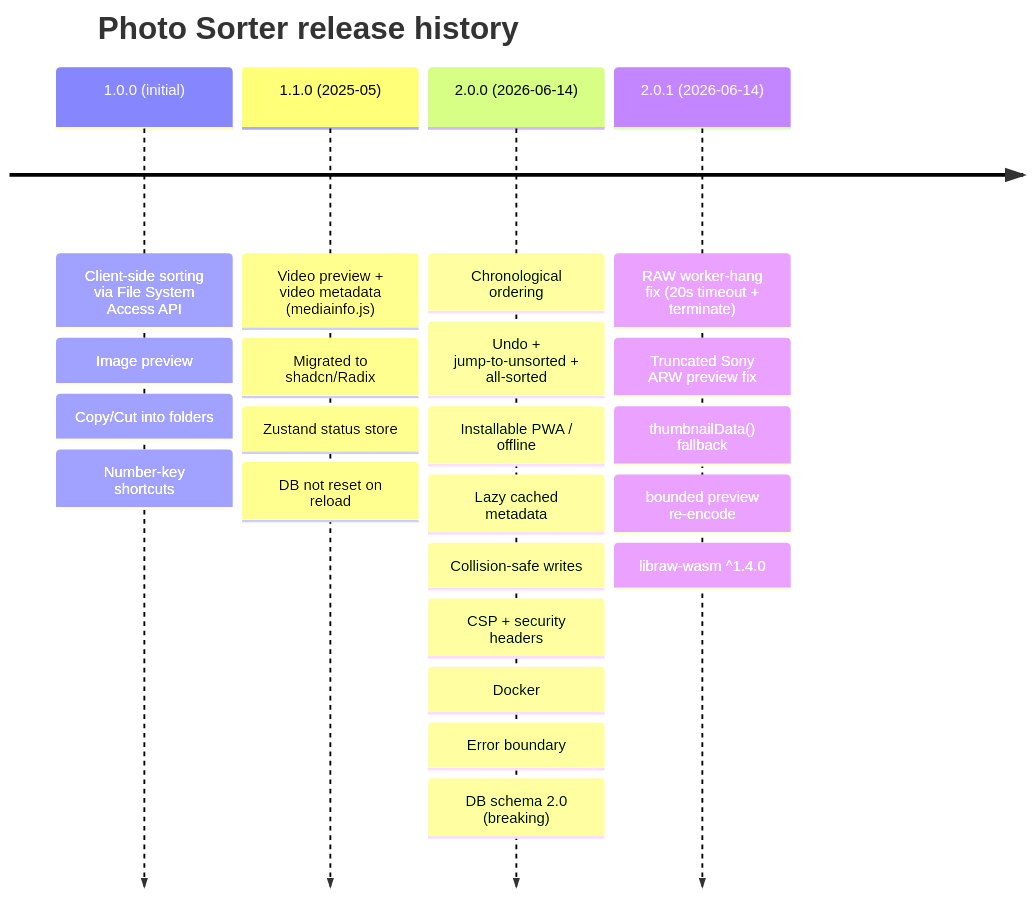
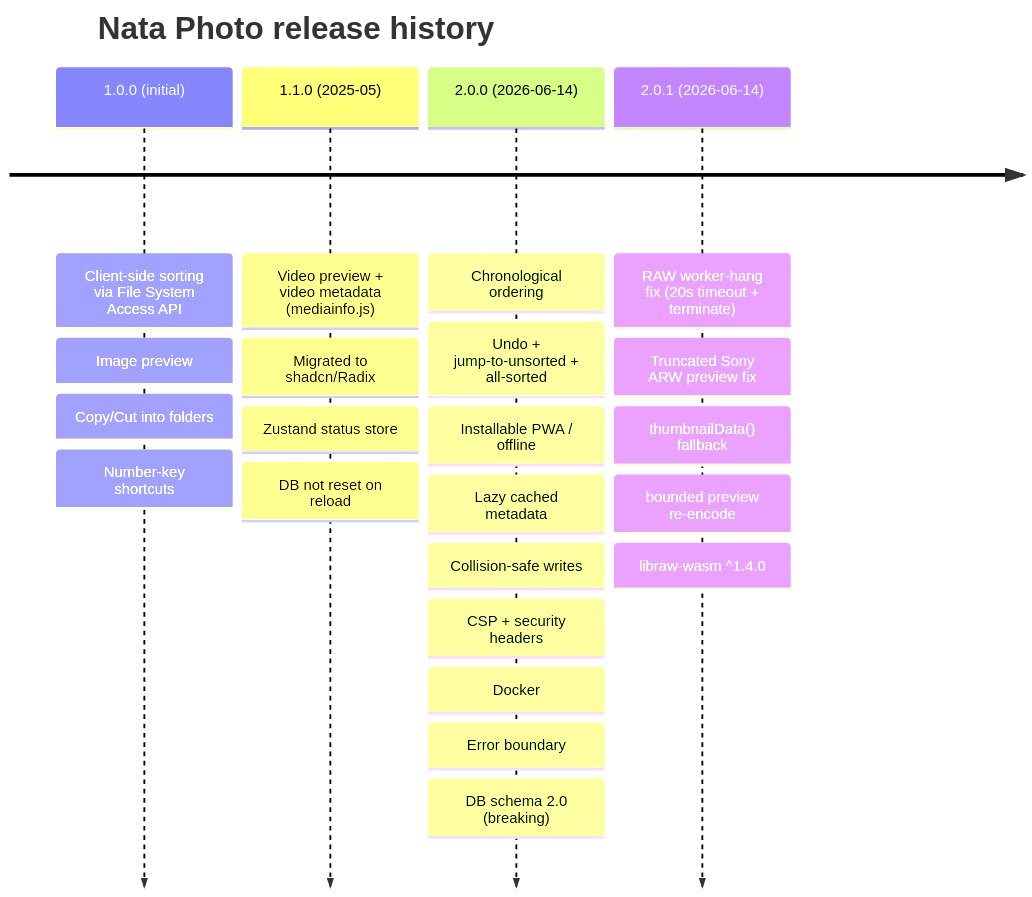
One commit to frama21/photo-sorter changed the second of 2 diagrams in docs/PRD.md. Above: the diagram before and after it, drawn with Mermaid. The commit also changed other lines of this file and 149 other files, not shown here.

````diff
--- a/docs/PRD.md
+++ b/docs/PRD.md
@@ -624,8 +624,8 @@
 ```mermaid
 timeline
-    title Photo Sorter release history
+    title Nata Photo release history
     1.0.0 (initial) : Client-side sorting via File System Access API : Image preview : Copy/Cut into folders : Number-key shortcuts
     1.1.0 (2025-05) : Video preview + video metadata (mediainfo.js) : Migrated to shadcn/Radix : Zustand status store : DB not reset on reload
     2.0.0 (2026-06-14) : Chronological ordering : Undo + jump-to-unsorted + all-sorted : Installable PWA / offline : Lazy cached metadata : Collision-safe writes : CSP + security headers : Docker : Error boundary : DB schema 2.0 (breaking)
     2.0.1 (2026-06-14) : RAW worker-hang fix (20s timeout + terminate) : Truncated Sony ARW preview fix : thumbnailData() fallback : bounded preview re-encode : libraw-wasm ^1.4.0
 ```
````
